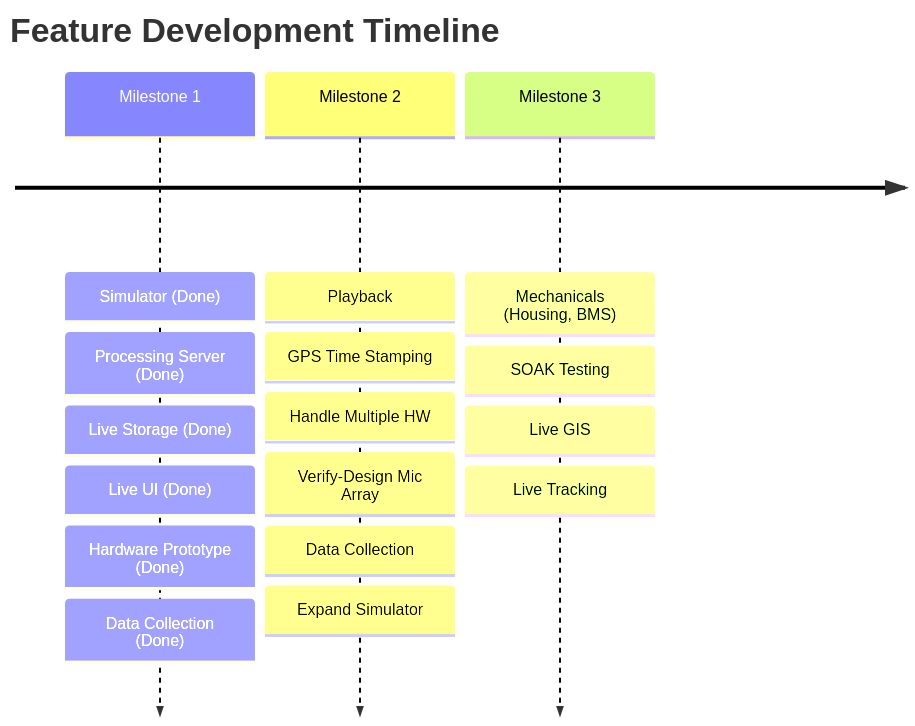
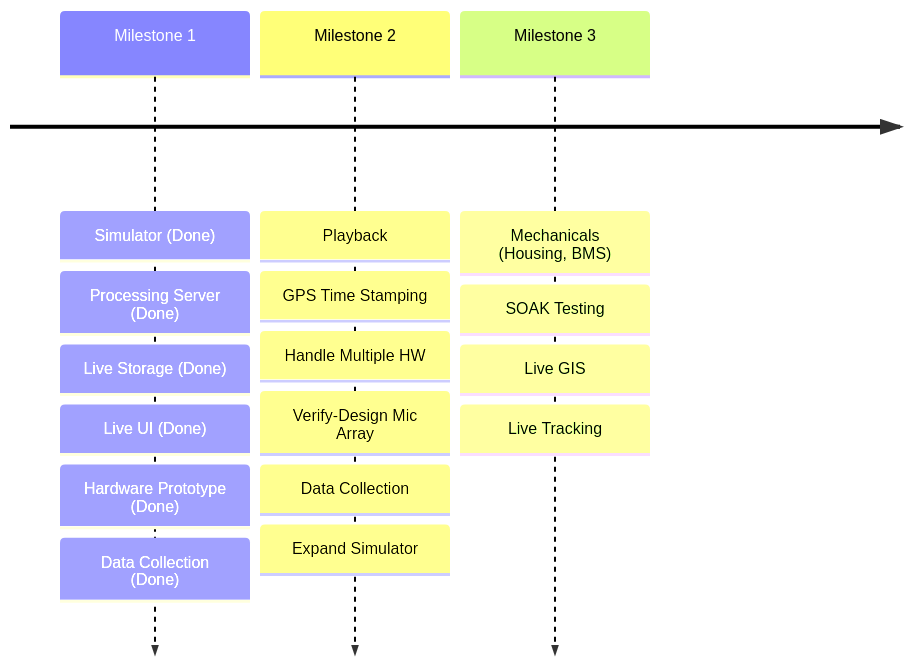
The second of 2 diagrams in profile/README.md (Sense-Scape/.github), drawn with Mermaid before and after one commit. The commit also changed other lines of this file, not shown here.

````diff
--- a/profile/README.md
+++ b/profile/README.md
@@ -53,9 +53,8 @@
 ``` mermaid
 
 timeline
-    title Feature Development Timeline
     Milestone 1 : Simulator (Done) : Processing Server (Done) : Live Storage (Done) : Live UI (Done) : Hardware Prototype (Done) : Data Collection (Done)
     Milestone 2 : Playback : GPS Time Stamping : Handle Multiple HW : Verify-Design Mic Array : Data Collection : Expand Simulator
     Milestone 3 : Mechanicals (Housing, BMS) : SOAK Testing : Live GIS : Live Tracking
 
 ```
````
